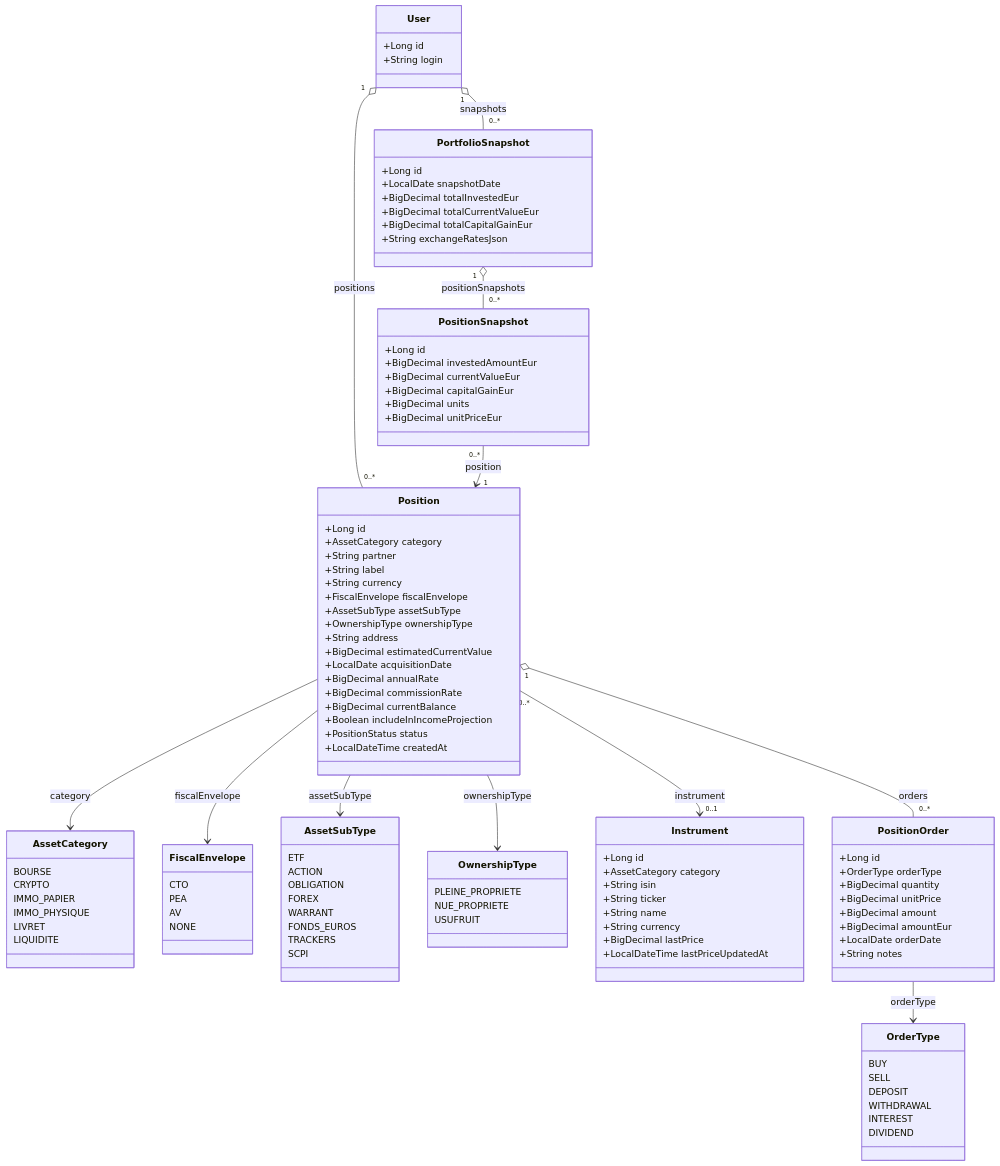
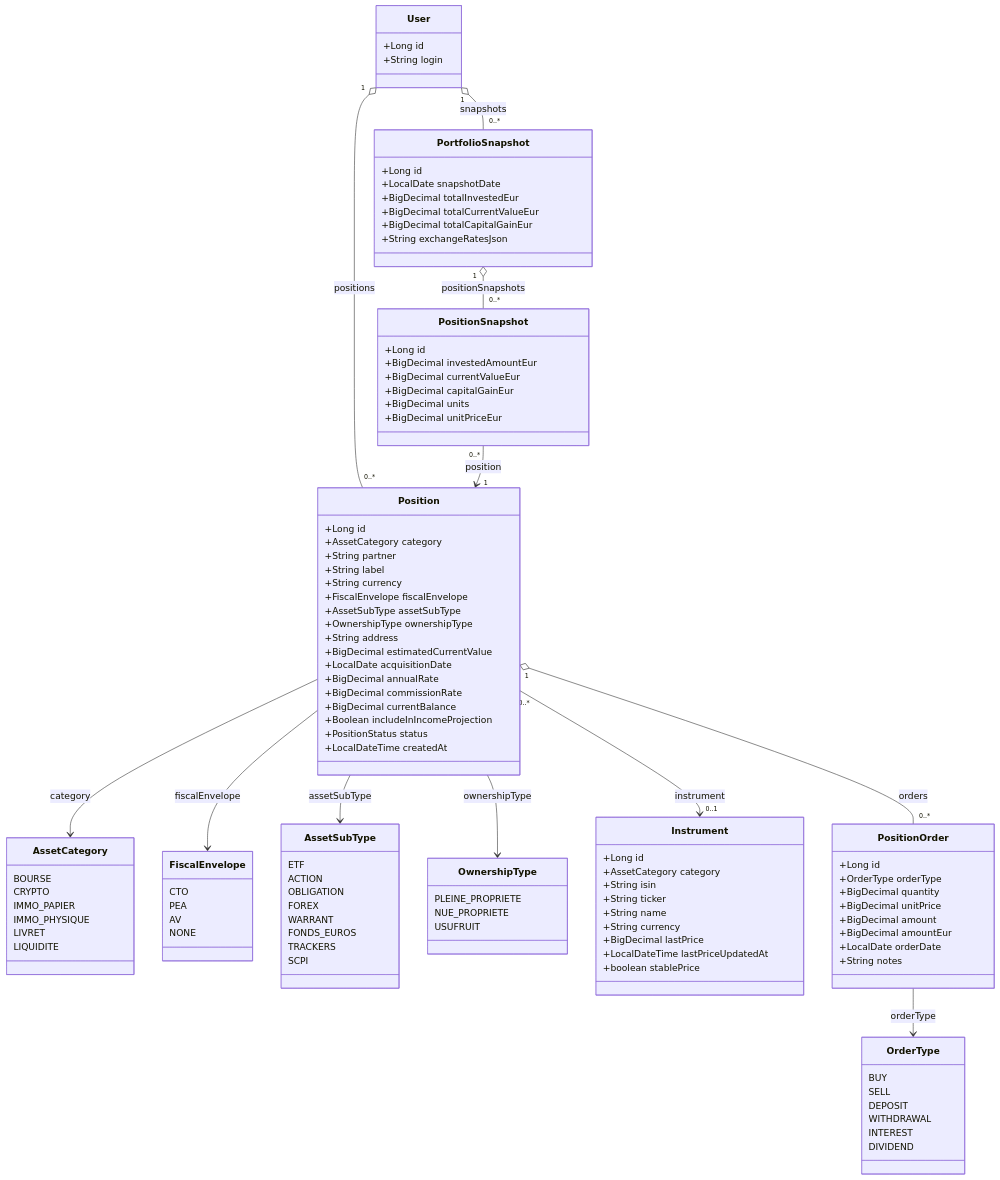
Before and after one commit to Neogost/MyFinance: the diagram in docs/architecture/patrimoine.md, drawn with Mermaid. The commit also changed other lines of this file and 2 other files, not shown here.

First line of the commit message:
docs: mise à jour architecture patrimoine et instrument-price-update

```diff
--- a/docs/architecture/patrimoine.md
+++ b/docs/architecture/patrimoine.md
@@ -383,6 +384,7 @@
         +String currency
         +BigDecimal lastPrice
         +LocalDateTime lastPriceUpdatedAt
+        +boolean stablePrice
     }
 
     class Position {
```
